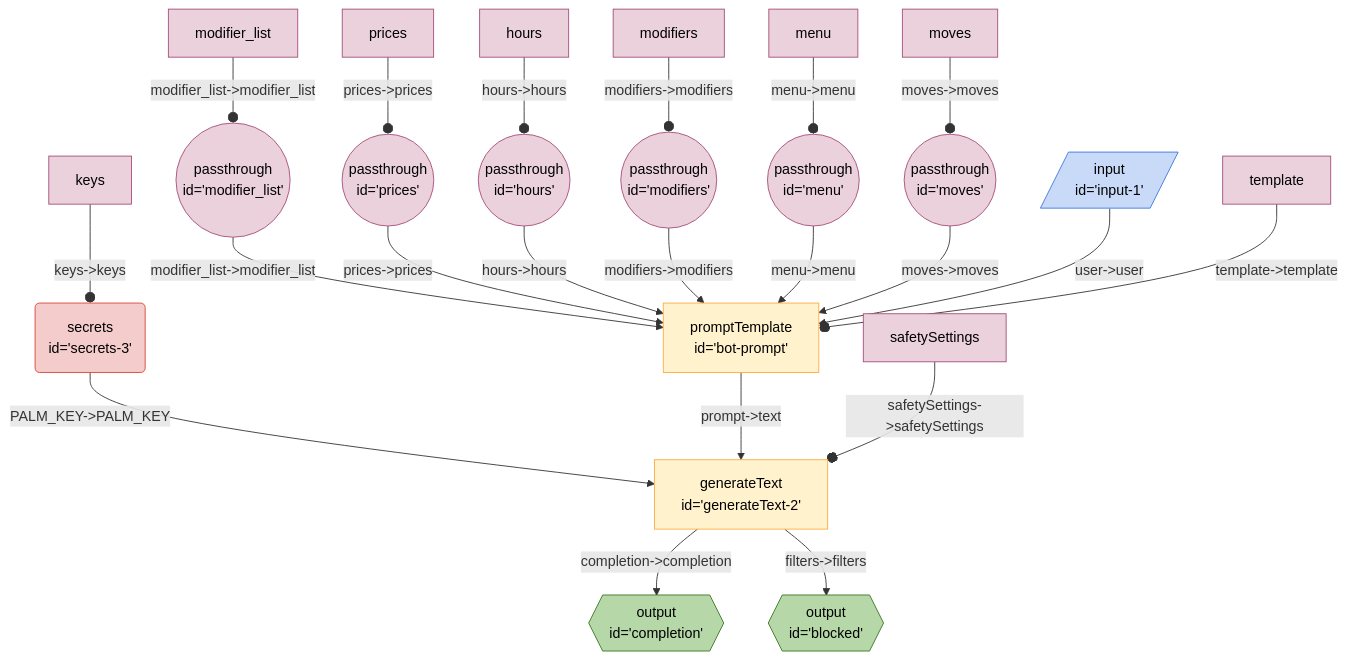
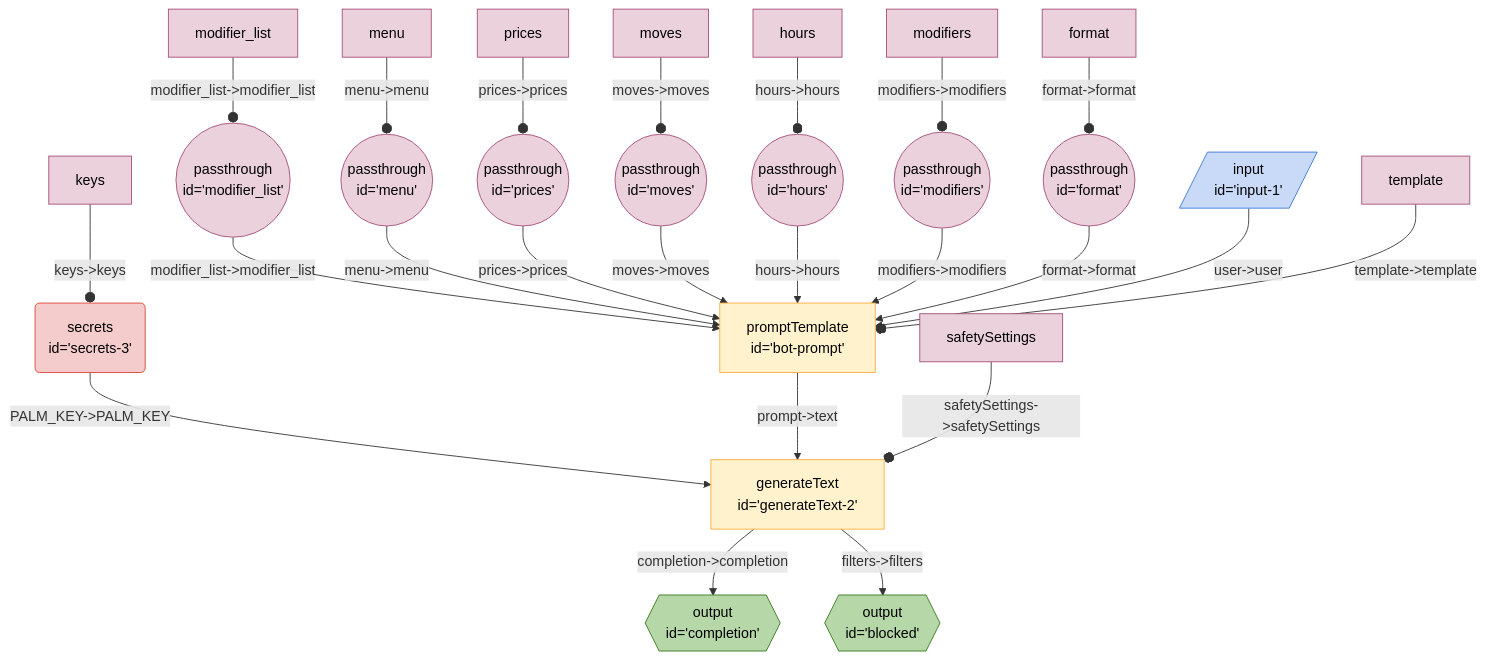
The diagram in seeds/coffe-bot-board/docs/coffee-bot.md (breadboard-ai/breadboard), drawn with Mermaid before and after one commit. The commit also changed 4 other files, not shown here.

Commit message:
[coffee-bot-board] Move format out of the template.

````diff
--- a/seeds/coffe-bot-board/docs/coffee-bot.md
+++ b/seeds/coffe-bot-board/docs/coffee-bot.md
@@ -3,32 +3,34 @@
 ```mermaid
 %%{init: 'themeVariables': { 'fontFamily': 'Fira Code, monospace' }}%%
 graph TD;
 modifier_list(("passthrough <br> id='modifier_list'")):::passthrough -- "modifier_list->modifier_list" --> botprompt["promptTemplate <br> id='bot-prompt'"]
+menu(("passthrough <br> id='menu'")):::passthrough -- "menu->menu" --> botprompt["promptTemplate <br> id='bot-prompt'"]
 prices(("passthrough <br> id='prices'")):::passthrough -- "prices->prices" --> botprompt["promptTemplate <br> id='bot-prompt'"]
+moves(("passthrough <br> id='moves'")):::passthrough -- "moves->moves" --> botprompt["promptTemplate <br> id='bot-prompt'"]
 hours(("passthrough <br> id='hours'")):::passthrough -- "hours->hours" --> botprompt["promptTemplate <br> id='bot-prompt'"]
 modifiers(("passthrough <br> id='modifiers'")):::passthrough -- "modifiers->modifiers" --> botprompt["promptTemplate <br> id='bot-prompt'"]
-menu(("passthrough <br> id='menu'")):::passthrough -- "menu->menu" --> botprompt["promptTemplate <br> id='bot-prompt'"]
-moves(("passthrough <br> id='moves'")):::passthrough -- "moves->moves" --> botprompt["promptTemplate <br> id='bot-prompt'"]
+format(("passthrough <br> id='format'")):::passthrough -- "format->format" --> botprompt["promptTemplate <br> id='bot-prompt'"]
 generateText2["generateText <br> id='generateText-2'"] -- "completion->completion" --> completion{{"output <br> id='completion'"}}:::output
 generateText2["generateText <br> id='generateText-2'"] -- "filters->filters" --> blocked{{"output <br> id='blocked'"}}:::output
 secrets3("secrets <br> id='secrets-3'"):::secrets -- "PALM_KEY->PALM_KEY" --> generateText2["generateText <br> id='generateText-2'"]
 botprompt["promptTemplate <br> id='bot-prompt'"] -- "prompt->text" --> generateText2["generateText <br> id='generateText-2'"]
 input1[/"input <br> id='input-1'"/]:::input -- "user->user" --> botprompt["promptTemplate <br> id='bot-prompt'"]
 templatebotprompt[template]:::config -- "template->template" --o botprompt
 modifier_listmodifier_list[modifier_list]:::config -- "modifier_list->modifier_list" --o modifier_list
+menumenu[menu]:::config -- "menu->menu" --o menu
 pricesprices[prices]:::config -- "prices->prices" --o prices
+movesmoves[moves]:::config -- "moves->moves" --o moves
 hourshours[hours]:::config -- "hours->hours" --o hours
 modifiersmodifiers[modifiers]:::config -- "modifiers->modifiers" --o modifiers
-menumenu[menu]:::config -- "menu->menu" --o menu
-movesmoves[moves]:::config -- "moves->moves" --o moves
+formatformat[format]:::config -- "format->format" --o format
 safetySettingsgenerateText2[safetySettings]:::config -- "safetySettings->safetySettings" --o generateText2
 keyssecrets3[keys]:::config -- "keys->keys" --o secrets3
 classDef default stroke:#ffab40,fill:#fff2ccff,color:#000
 classDef input stroke:#3c78d8,fill:#c9daf8ff,color:#000
 classDef output stroke:#38761d,fill:#b6d7a8ff,color:#000
 classDef passthrough stroke:#a64d79,fill:#ead1dcff,color:#000
 classDef slot stroke:#a64d79,fill:#ead1dcff,color:#000
 classDef config stroke:#a64d79,fill:#ead1dcff,color:#000
 classDef secrets stroke:#db4437,fill:#f4cccc,color:#000
 classDef slotted stroke:#a64d79
 ```
````
